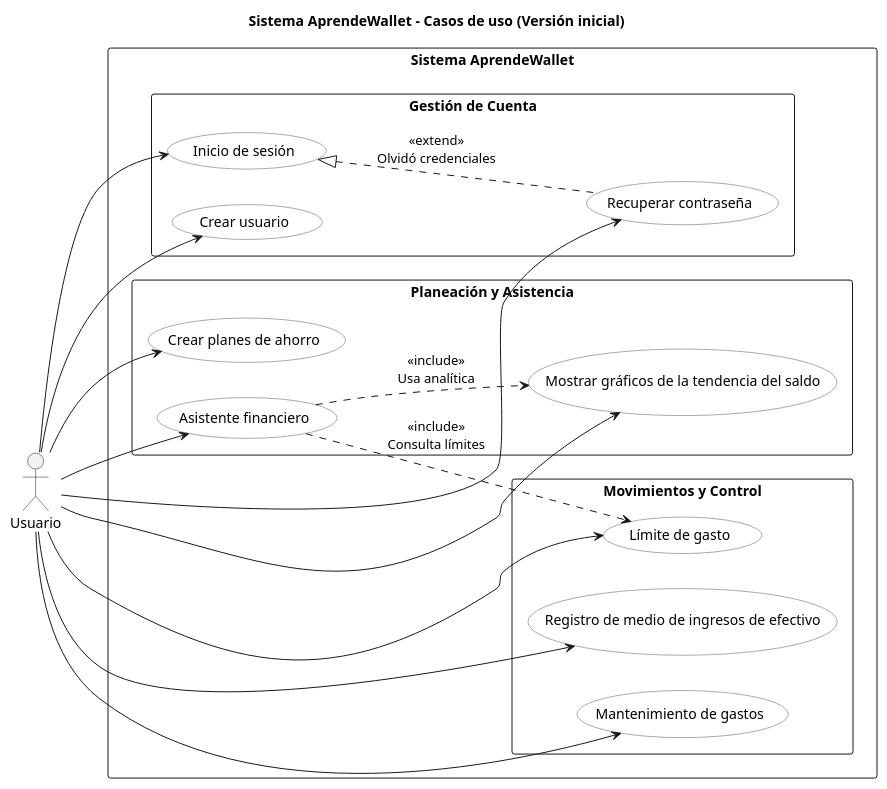
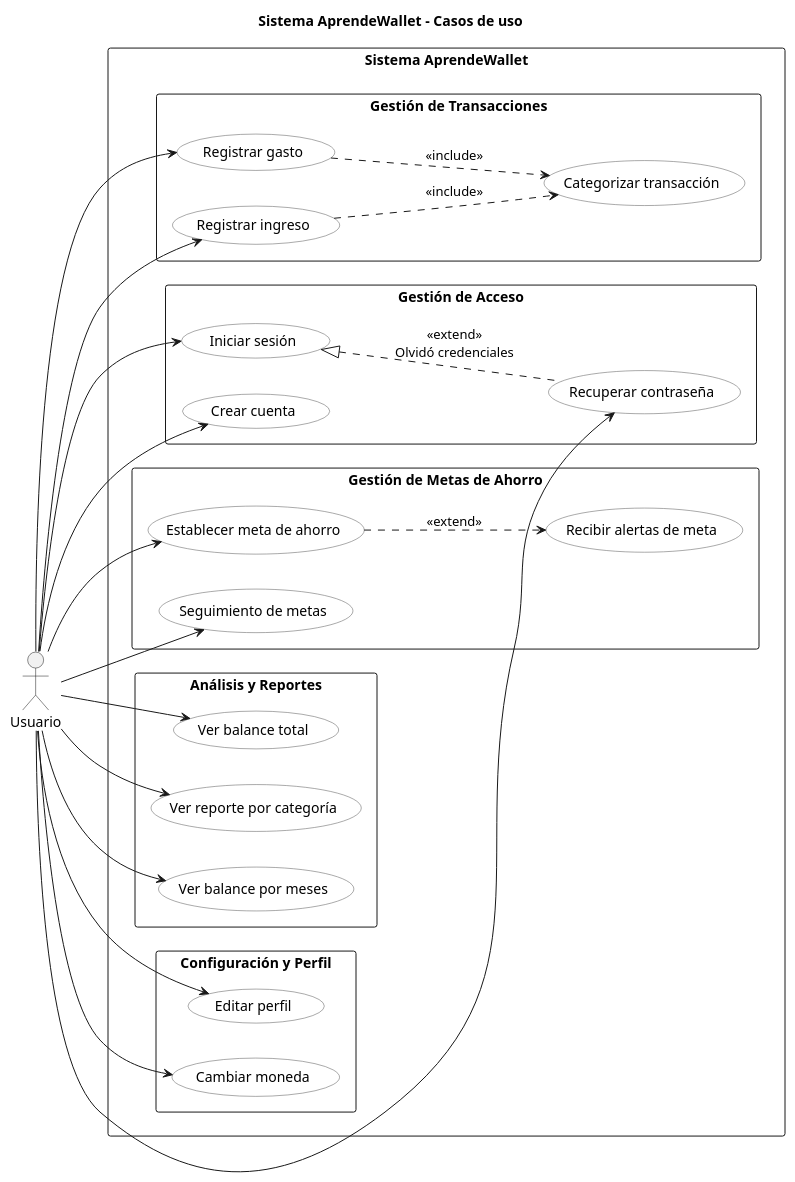
Before and after one commit to Raijam13/Proyecto_progra_movil: the diagram in docs/CasoDeUso.puml, drawn with PlantUML. The commit also changed 2 other files, not shown here.

Commit message:
Diagrama de casos de uso

```diff
--- a/docs/CasoDeUso.puml
+++ b/docs/CasoDeUso.puml
@@ -1,44 +1,65 @@
-@startuml casoDeUsoBORRADOR
-title Sistema AprendeWallet - Casos de uso (Versión inicial)
+@startuml
+title Sistema AprendeWallet - Casos de uso
 left to right direction
 skinparam packageStyle rectangle
 skinparam usecase {
   BackgroundColor White
   BorderColor #555
 }
 actor "Usuario" as U
 
 rectangle "Sistema AprendeWallet" {
-  package "Gestión de Cuenta" {
-    (Crear usuario) as UC1
-    (Inicio de sesión) as UC2
-    (Recuperar contraseña) as UC3
-  }
-  package "Movimientos y Control" {
-    (Registro de medio de ingresos de efectivo) as UC4
-    (Mantenimiento de gastos) as UC5
-    (Límite de gasto) as UC9
-  }
-  package "Planeación y Asistencia" {
-    (Crear planes de ahorro) as UC6
-    (Asistente financiero) as UC7
-    (Mostrar gráficos de la tendencia del saldo) as UC8
-  }
 
-  ' Relaciones de inclusión/extensión
-  UC3 .u.|> UC2 : «extend»\nOlvidó credenciales
-  UC7 ..> UC8 : «include»\nUsa analítica
-  UC7 ..> UC9 : «include»\nConsulta límites
+    package "Gestión de Acceso" {
+        (Crear cuenta) as UC1
+        (Iniciar sesión) as UC2
+        (Recuperar contraseña) as UC3
+    }
+
+    package "Gestión de Transacciones" {
+        (Registrar gasto) as UC4a
+        (Registrar ingreso) as UC4b
+        (Categorizar transacción) as UC4c
+    }
+
+    package "Gestión de Metas de Ahorro" {
+        (Establecer meta de ahorro) as UC5a
+        (Seguimiento de metas) as UC5b
+        (Recibir alertas de meta) as UC5c
+    }
+
+    package "Análisis y Reportes" {
+        (Ver balance total) as UC6a
+        (Ver reporte por categoría) as UC6b
+        (Ver balance por meses) as UC6c
+    }
+
+    package "Configuración y Perfil" {
+        (Editar perfil) as UC7a
+        (Cambiar moneda) as UC7b
+    }
+
+    ' Relaciones entre casos de uso
+    UC3 .u.|> UC2 : <<extend>>\nOlvidó credenciales
+    
+    UC4a ..> UC4c : <<include>>
+    UC4b ..> UC4c : <<include>>
+    
+    UC5a ..> UC5c : <<extend>>
 }
 
 ' Asociaciones actor-UC
 U --> UC1
 U --> UC2
 U --> UC3
-U --> UC4
-U --> UC5
-U --> UC6
-U --> UC7
-U --> UC8
-U --> UC9
+U --> UC4a
+U --> UC4b
+U --> UC5a
+U --> UC5b
+U --> UC6a
+U --> UC6b
+U --> UC6c
+U --> UC7a
+U --> UC7b
+
 @enduml
```
